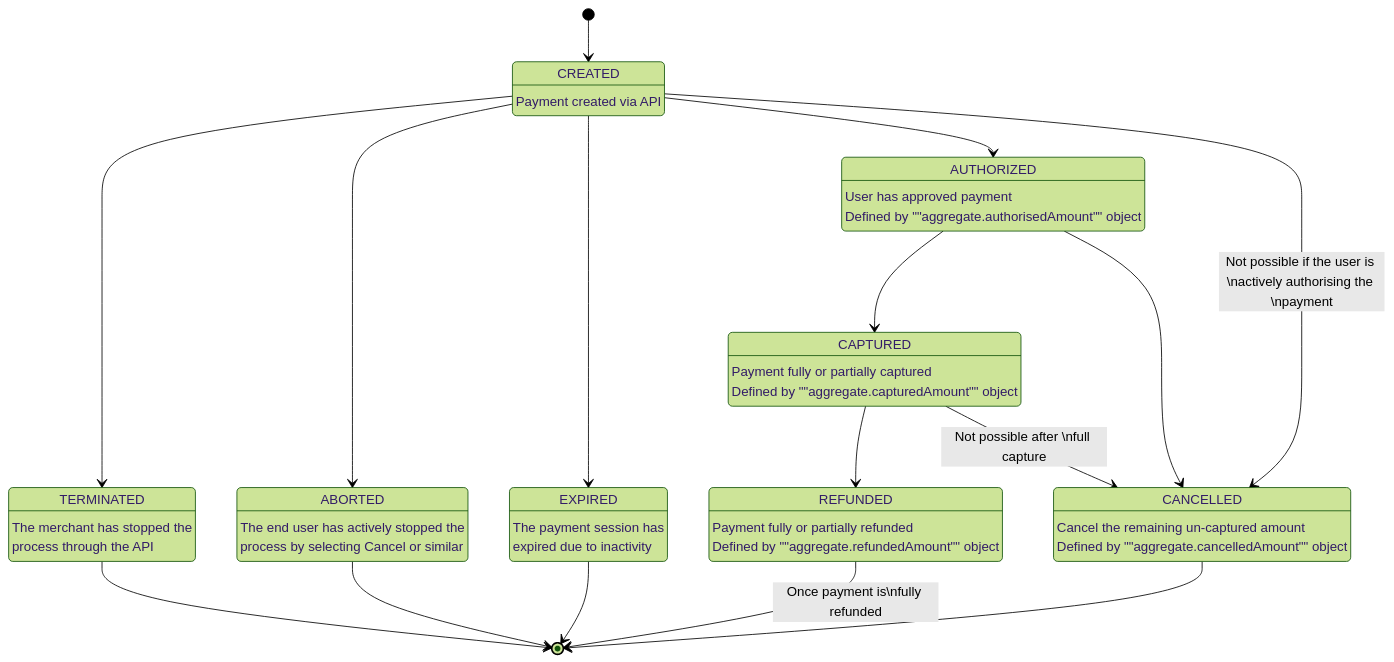
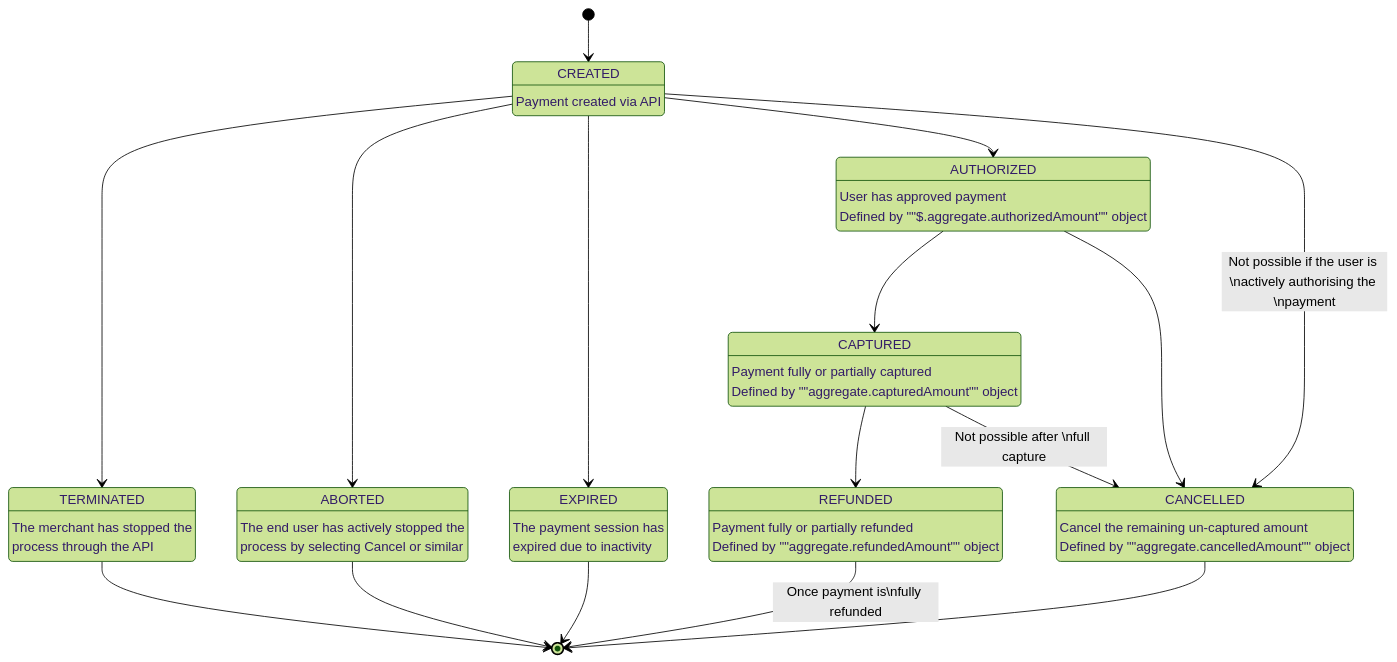
One commit to vippsas/vipps-epayment-api changed the diagram in payment_states.md. Above: the diagram before and after it, drawn with Mermaid (forest theme). The commit also changed 4 other files, not shown here.

````diff
--- a/payment_states.md
+++ b/payment_states.md
@@ -19,34 +19,34 @@
 ``` mermaid
 stateDiagram
     [*] --> CREATED
 CREATED : CREATED
 CREATED : Payment created via API
 CREATED --> TERMINATED
 TERMINATED : TERMINATED
 TERMINATED : The merchant has stopped the\nprocess through the API
 TERMINATED --> [*]
 CREATED --> ABORTED
 ABORTED : ABORTED
 ABORTED : The end user has actively stopped the\nprocess by selecting Cancel or similar
 ABORTED --> [*]
 CREATED --> EXPIRED
 EXPIRED : EXPIRED
 EXPIRED : The payment session has\nexpired due to inactivity
 EXPIRED --> [*]
 CREATED --> AUTHORIZED
 AUTHORIZED : AUTHORIZED
-AUTHORIZED : User has approved payment\nDefined by ""aggregate.authorisedAmount"" object
+AUTHORIZED : User has approved payment\nDefined by ""$.aggregate.authorizedAmount"" object
 AUTHORIZED --> CAPTURED
 CAPTURED : CAPTURED
 CAPTURED : Payment fully or partially captured\nDefined by ""aggregate.capturedAmount"" object
 CAPTURED --> REFUNDED
 REFUNDED : REFUNDED
 REFUNDED : Payment fully or partially refunded\nDefined by ""aggregate.refundedAmount"" object
 REFUNDED --> [*] : Once payment is\nfully refunded
 CREATED --> CANCELLED : Not possible if the user is \nactively authorising the \npayment
 AUTHORIZED --> CANCELLED 
 CAPTURED --> CANCELLED : Not possible after \nfull capture
 CANCELLED : CANCELLED
 CANCELLED : Cancel the remaining un-captured amount\nDefined by ""aggregate.cancelledAmount"" object
 CANCELLED --> [*]
 ```
````
